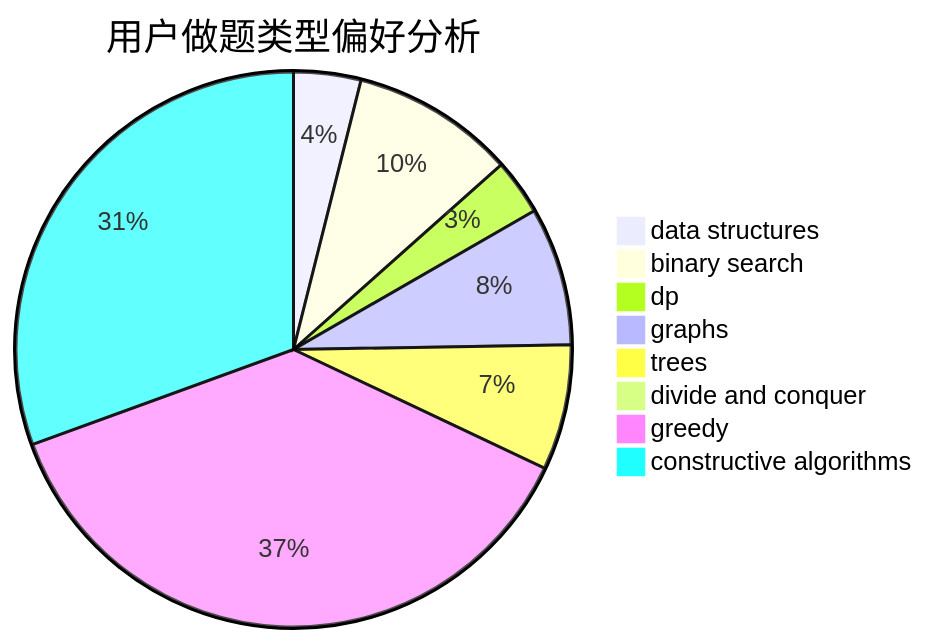
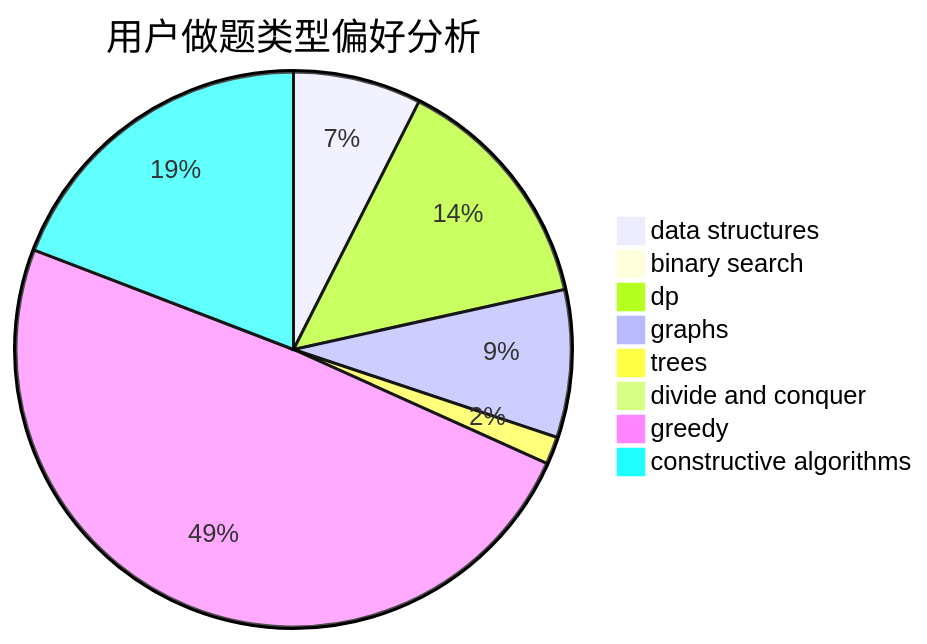
The second of 3 diagrams in docs/user/u346.md (sherpahu/cfrs.github.io), drawn with Mermaid before and after one commit. The commit also changed other lines of this file and 2770 other files, not shown here.

````diff
--- a/docs/user/u346.md
+++ b/docs/user/u346.md
@@ -23,11 +23,11 @@
 ```mermaid
 pie title 用户做题类型偏好分析
-    "data structures" :  53
-    "binary search" :  129
-    "dp" :  44
-    "graphs" :  109
-    "trees" :  99
+    "data structures" :  79
+    "binary search" :  1
+    "dp" :  149
+    "graphs" :  91
+    "trees" :  17
     "divide and conquer" :  0
-    "greedy" :  507
-    "constructive algorithms" :  414
+    "greedy" :  520
+    "constructive algorithms" :  203
 ```
````
